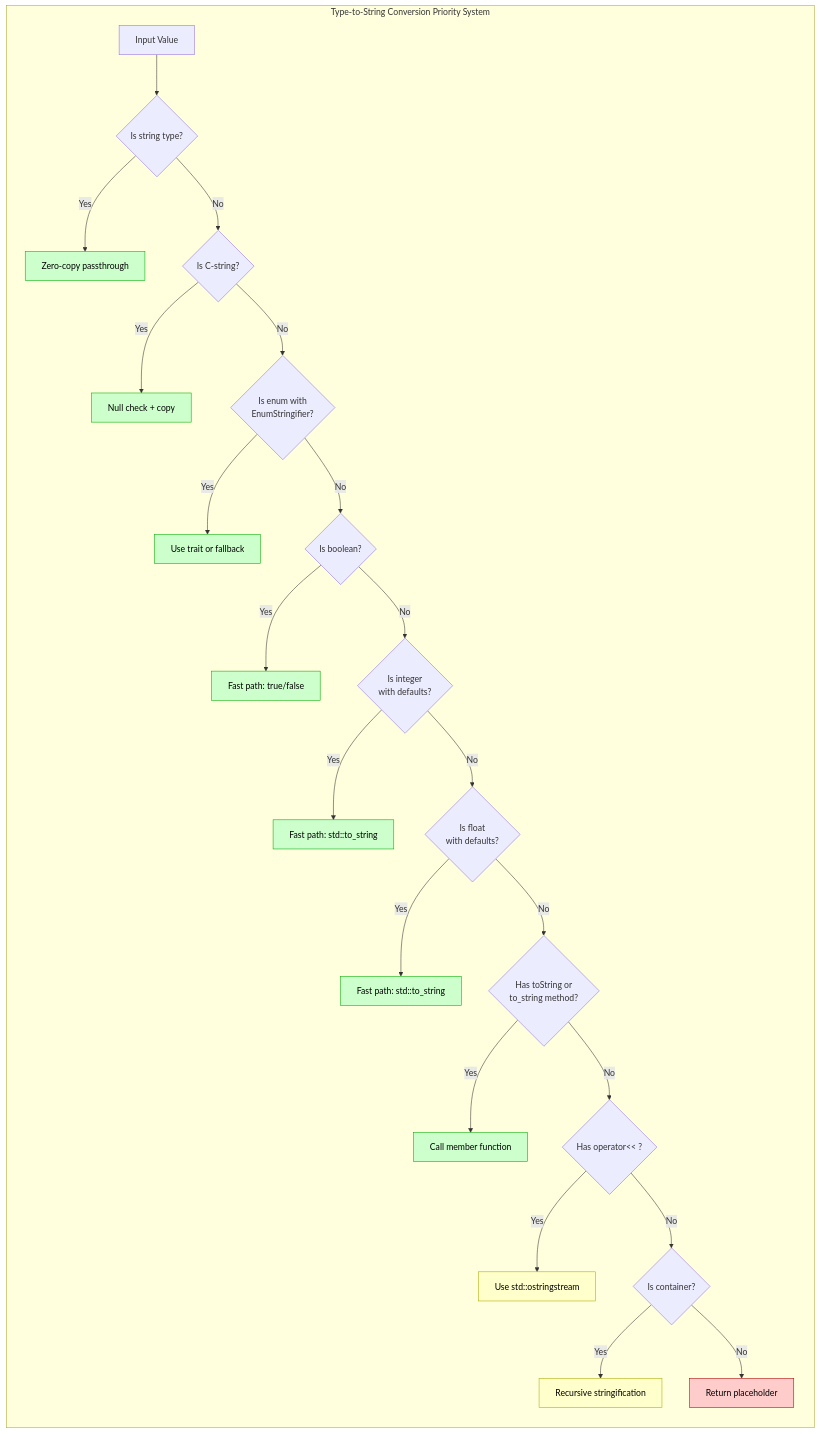
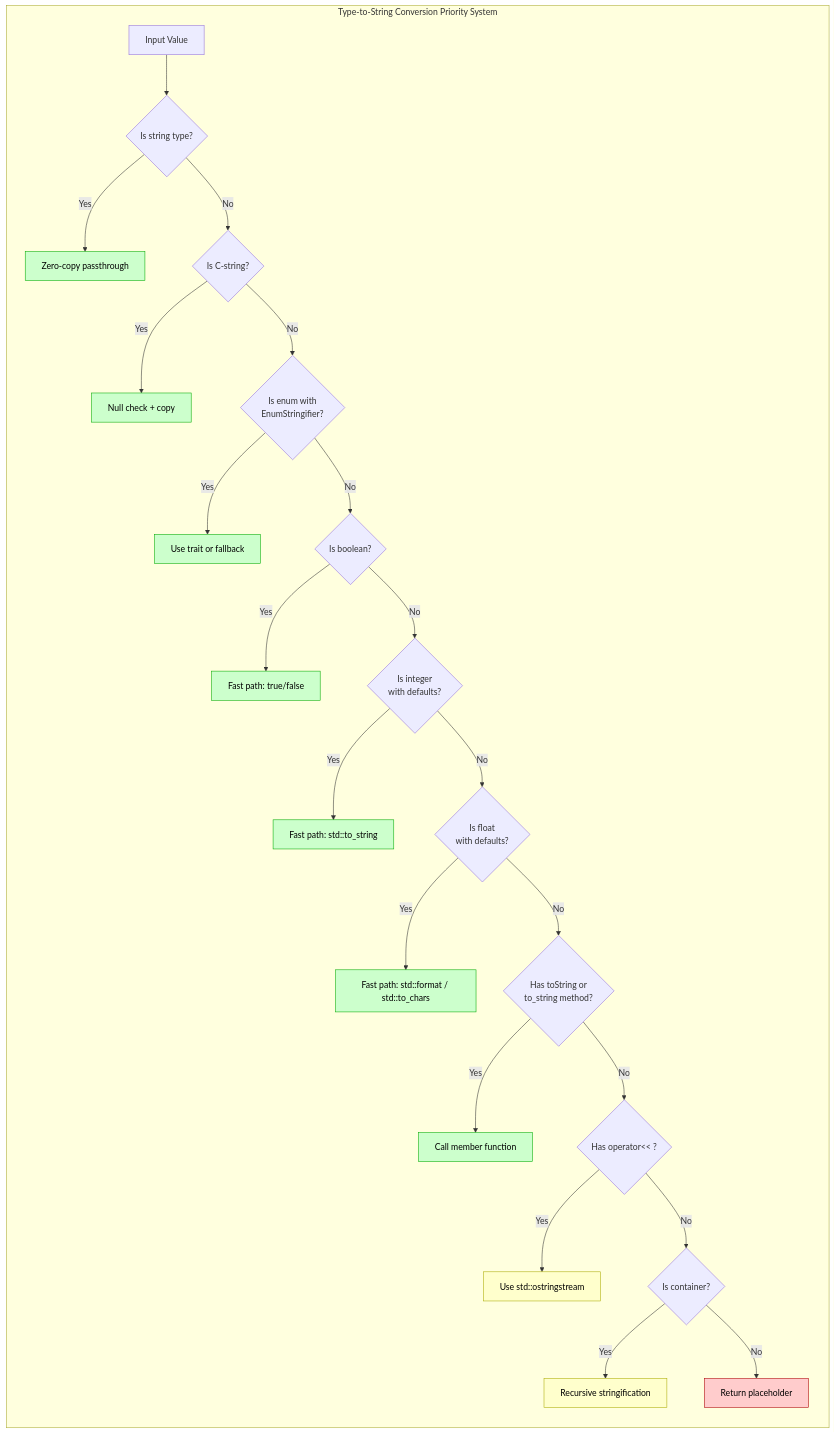
One commit to schroedermatthew/FatP changed the first of 8 diagrams in components/Stringify/docs/User Manual - Stringify.md. Above: the diagram before and after it, drawn with Mermaid. The commit also changed other lines of this file and 103 other files, not shown here.

````diff
--- a/components/Stringify/docs/User Manual - Stringify.md
+++ b/components/Stringify/docs/User Manual - Stringify.md
@@ -270,54 +270,54 @@
 ```mermaid
 flowchart TB
     subgraph Priority ["Type-to-String Conversion Priority System"]
         direction TB
         Input["Input Value"] --> P1
         
         P1{"Is string type?"}
         P1 -->|Yes| R1["Zero-copy passthrough"]
         P1 -->|No| P2
         
         P2{"Is C-string?"}
         P2 -->|Yes| R2["Null check + copy"]
         P2 -->|No| P2_5
         
         P2_5{"Is enum with<br/>EnumStringifier?"}
         P2_5 -->|Yes| R2_5["Use trait or fallback"]
         P2_5 -->|No| P3A
         
         P3A{"Is boolean?"}
         P3A -->|Yes| R3A["Fast path: true/false"]
         P3A -->|No| P3B
         
         P3B{"Is integer<br/>with defaults?"}
         P3B -->|Yes| R3B["Fast path: std::to_string"]
         P3B -->|No| P3C
         
         P3C{"Is float<br/>with defaults?"}
-        P3C -->|Yes| R3C["Fast path: std::to_string"]
+        P3C -->|Yes| R3C["Fast path: std::format / std::to_chars"]
         P3C -->|No| P4
         
         P4{"Has toString or<br/>to_string method?"}
         P4 -->|Yes| R4["Call member function"]
         P4 -->|No| P5
         
         P5{"Has operator<< ?"}
         P5 -->|Yes| R5["Use std::ostringstream"]
         P5 -->|No| P6
         
         P6{"Is container?"}
         P6 -->|Yes| R6["Recursive stringification"]
         P6 -->|No| R7["Return placeholder"]
     end
 
     style R1 fill:#ccffcc,stroke:#0a0,color:#000
     style R2 fill:#ccffcc,stroke:#0a0,color:#000
     style R2_5 fill:#ccffcc,stroke:#0a0,color:#000
     style R3A fill:#ccffcc,stroke:#0a0,color:#000
     style R3B fill:#ccffcc,stroke:#0a0,color:#000
     style R3C fill:#ccffcc,stroke:#0a0,color:#000
     style R4 fill:#ccffcc,stroke:#0a0,color:#000
     style R5 fill:#ffffcc,stroke:#aa0,color:#000
     style R6 fill:#ffffcc,stroke:#aa0,color:#000
     style R7 fill:#ffcccc,stroke:#a00,color:#000
 ```
````
